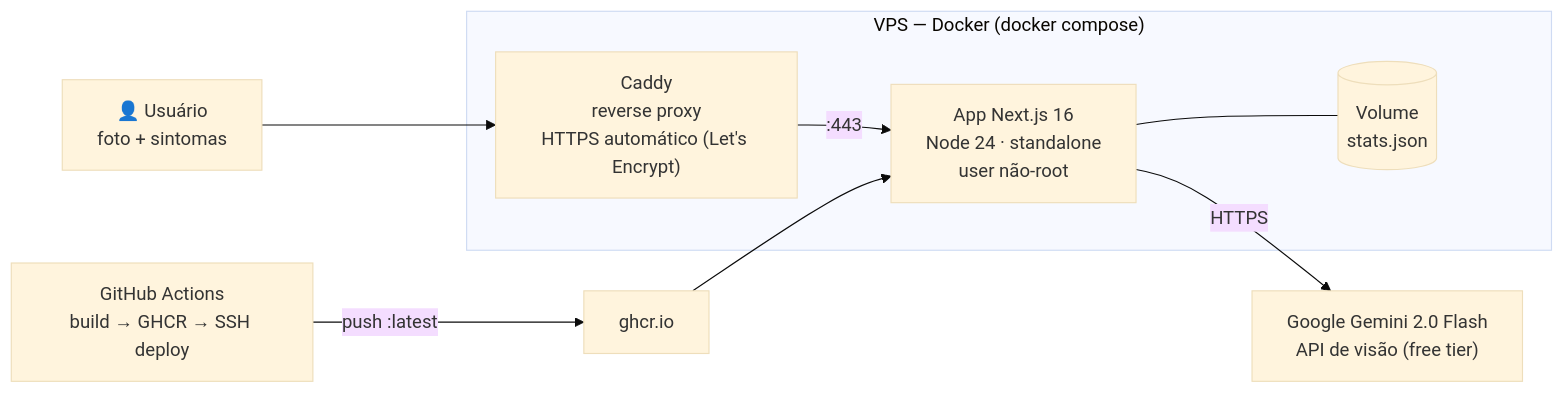
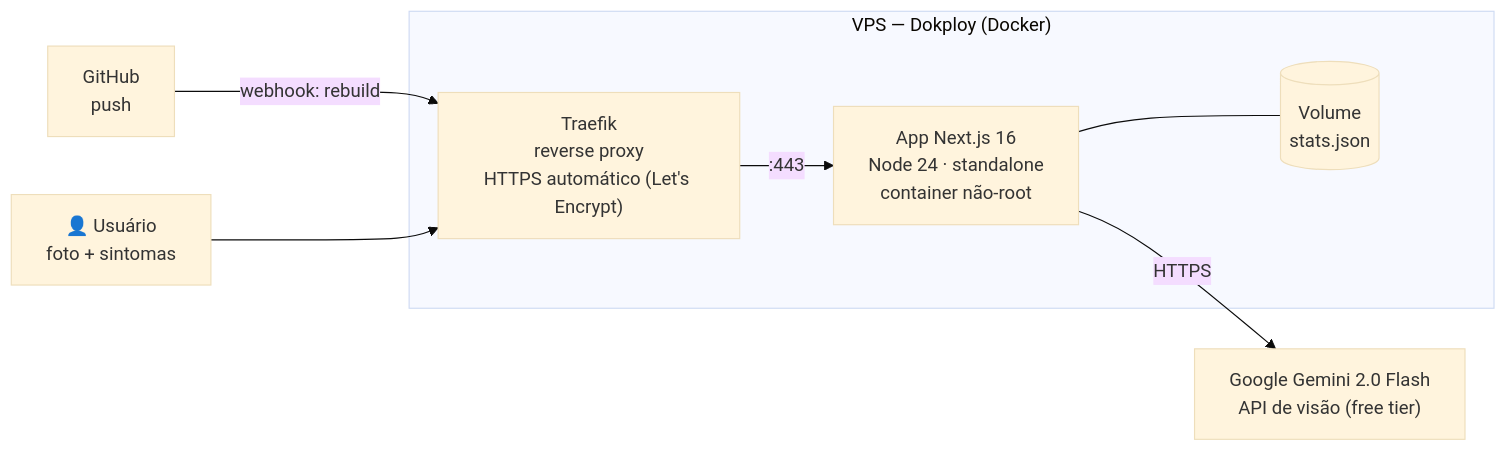
Before and after one commit to JPedroMA/salve-minha-planta: the diagram in README.md, drawn with Mermaid (base theme). The commit also changed other lines of this file and 6 other files, not shown here.

First line of the commit message:
chore: trocar pipeline de deploy para Dokploy

````diff
--- a/README.md
+++ b/README.md
@@ -27,20 +27,17 @@
 ```mermaid
 flowchart LR
     U["👤 Usuário<br/>foto + sintomas"]
 
-    subgraph VPS["VPS — Docker (docker compose)"]
-        C["Caddy<br/>reverse proxy<br/>HTTPS automático (Let's Encrypt)"]
-        A["App Next.js 16<br/>Node 24 · standalone<br/>user não-root"]
+    subgraph VPS["VPS — Dokploy (Docker)"]
+        T["Traefik<br/>reverse proxy<br/>HTTPS automático (Let's Encrypt)"]
+        A["App Next.js 16<br/>Node 24 · standalone<br/>container não-root"]
         V[("Volume<br/>stats.json")]
-        C -->|":443"| A
+        T -->|":443"| A
         A --- V
     end
 
-    G["Google Gemini 2.0 Flash<br/>API de visão (free tier)"]
+    G["GitHub<br/>push"] -->|"webhook: rebuild"| T
+    A -->|"HTTPS"| M["Google Gemini 2.0 Flash<br/>API de visão (free tier)"]
 
-    CI["GitHub Actions<br/>build → GHCR → SSH deploy"]
-
-    U --> C
-    A -->|HTTPS| G
-    CI -->|push :latest| GHCR["ghcr.io"] --> A
+    U --> T
 ```
````
